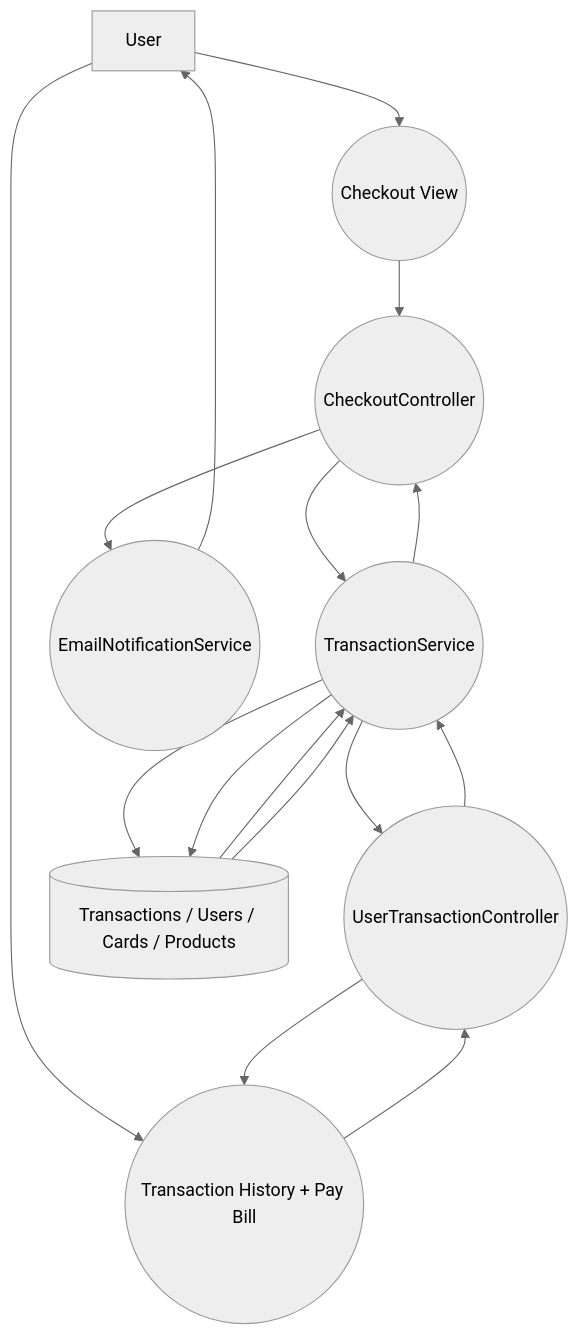
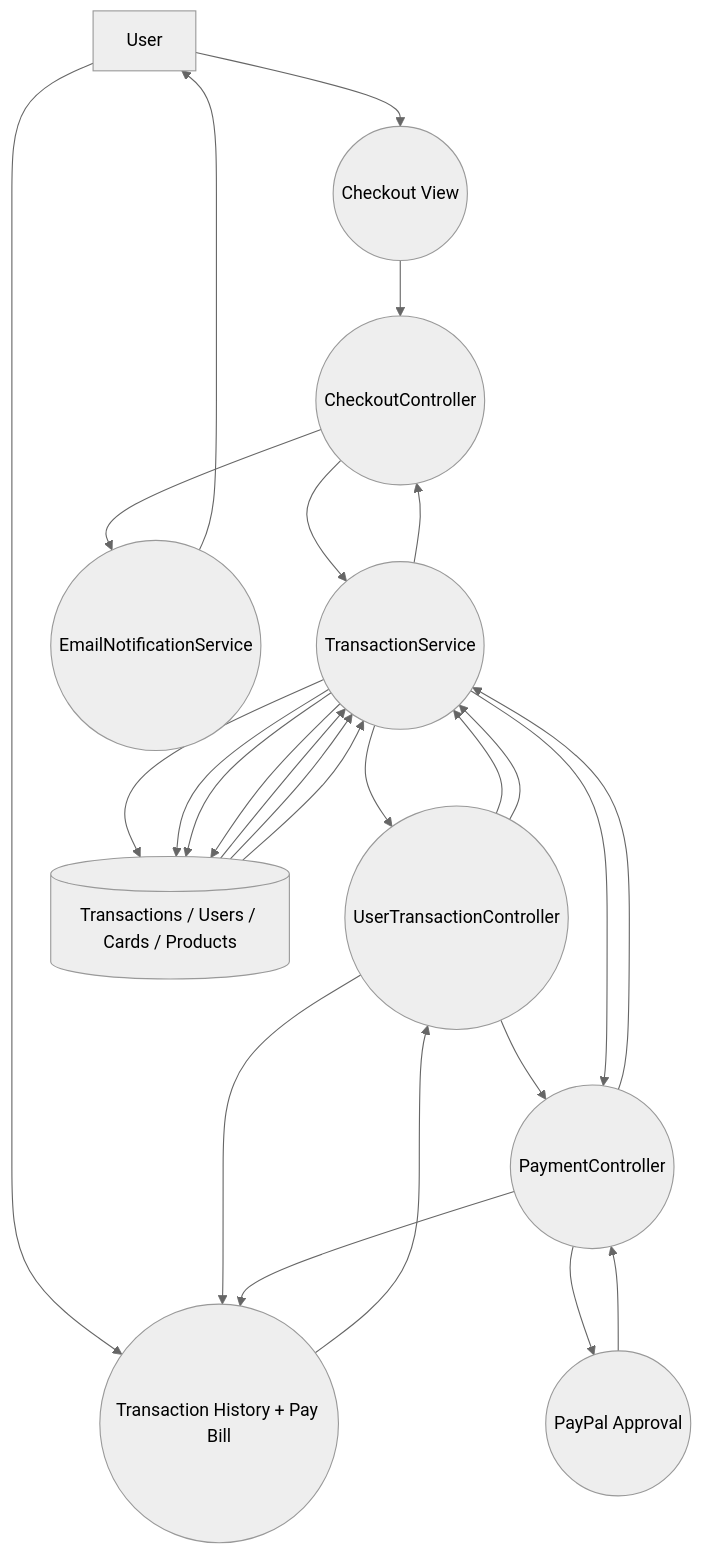
One commit to phuchoang0167/Online_Mobile_Recharge changed the diagram in doc/data-flow/DATA_FLOW_POSTPAID_PAYMENT.mmd. Above: the diagram before and after it, drawn with Mermaid (neutral theme). The commit also changed 86 other files, not shown here.

First line of the commit message:
Add PayPal Sandbox for guest & postpaid; admin/audit UX

```diff
--- a/doc/data-flow/DATA_FLOW_POSTPAID_PAYMENT.mmd
+++ b/doc/data-flow/DATA_FLOW_POSTPAID_PAYMENT.mmd
@@ -1,23 +1,30 @@
 flowchart TD
     %% See doc/data-flow/FLOWCHART_SYMBOLS.md for symbol meanings
 
     U[User]
     CV((Checkout View))
     HV((Transaction History + Pay Bill))
+    PP((PayPal Approval))
 
     CC((CheckoutController))
     UTC((UserTransactionController))
+    PAY((PaymentController))
     TS((TransactionService))
     ENS((EmailNotificationService))
 
     DB[(Transactions / Users / Cards / Products)]
 
     U --> CV --> CC --> TS --> DB
     DB --> TS --> CC
 
-    %% Postpaid: requires NationalId + BillingAddress + AgreeToTerms (stored per Transaction and also saved to User profile)
     CC --> ENS
     ENS --> U
 
+    %% Pay bill: Card flow (settle immediately)
     U --> HV --> UTC --> TS --> DB
     DB --> TS --> UTC --> HV
+
+    %% Pay bill: PayPal flow (begin checkout -> redirect -> return -> complete)
+    UTC --> TS --> DB
+    UTC --> PAY --> PP --> PAY --> TS --> DB
+    DB --> TS --> PAY --> HV
```
